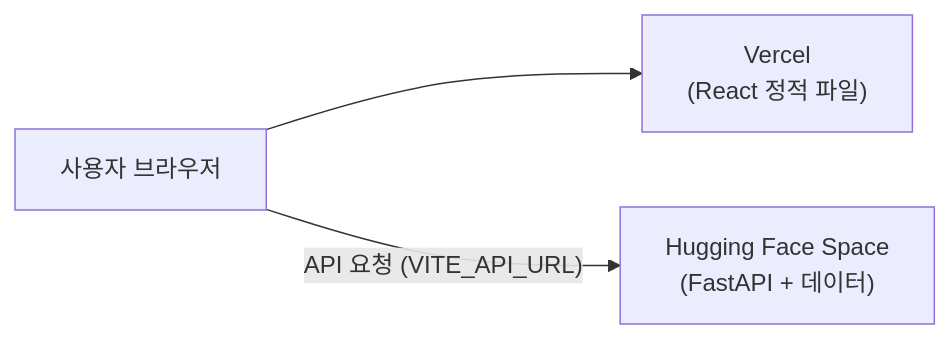
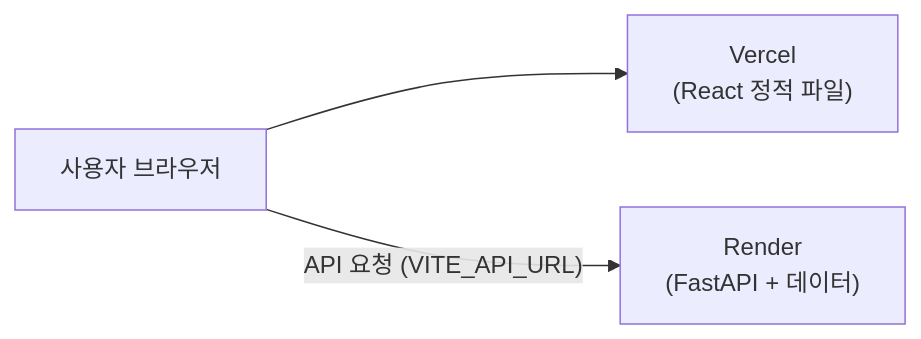
The diagram in docs/deploy.md (junijuny/boardgame-recommender), drawn with Mermaid before and after one commit. The commit also changed other lines of this file and 9 other files, not shown here.

First line of the commit message:
배포 대상을 Hugging Face Spaces에서 Render로 변경

````diff
--- a/docs/deploy.md
+++ b/docs/deploy.md
@@ -12,5 +12,5 @@
 ```mermaid
 flowchart LR
     U["사용자 브라우저"] --> F["Vercel<br/>(React 정적 파일)"]
-    U -- "API 요청 (VITE_API_URL)" --> B["Hugging Face Space<br/>(FastAPI + 데이터)"]
+    U -- "API 요청 (VITE_API_URL)" --> B["Render<br/>(FastAPI + 데이터)"]
 ```
````
